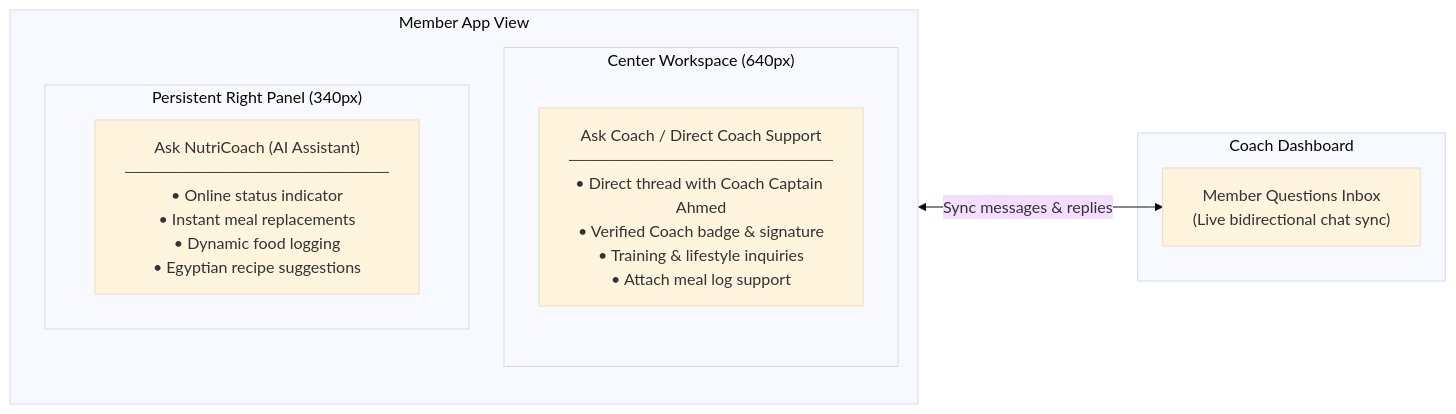
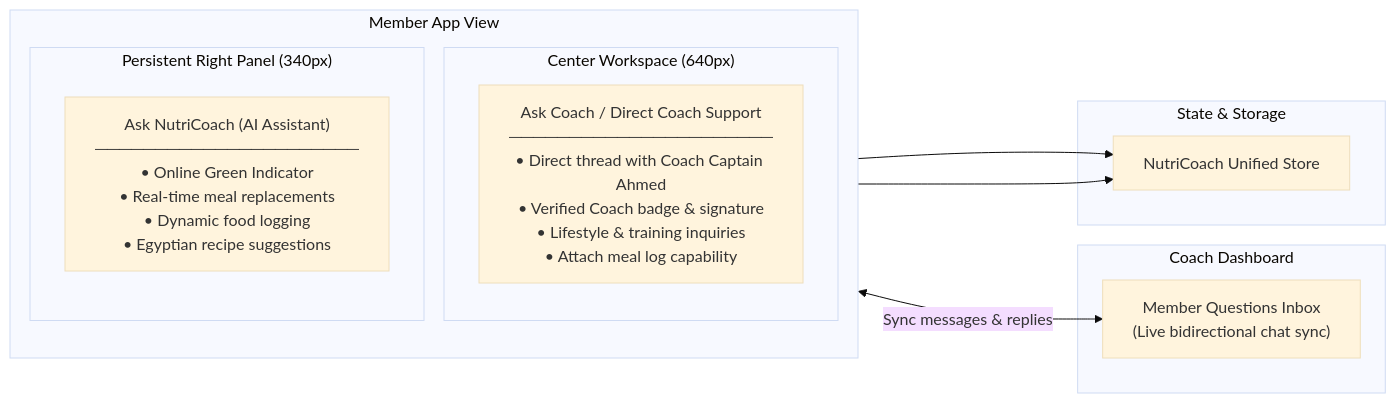
Before and after one commit to Kholoud-Alsaady/nutricoach-app: the third of 3 diagrams in README.md, drawn with Mermaid (base theme). The commit also changed other lines of this file, not shown here.

Commit message:
Simplify README: concise overview, 2 interfaces, features, and architecture diagrams

````diff
--- a/README.md
+++ b/README.md
@@ -95,18 +94,24 @@
 ```mermaid
 graph LR
     subgraph Member_Interface["Member App View"]
         direction TB
         subgraph Center_Workspace["Center Workspace (640px)"]
-            CDV["Ask Coach / Direct Coach Support<br/>──────────────────────<br/>• Direct thread with Coach Captain Ahmed<br/>• Verified Coach badge & signature<br/>• Training & lifestyle inquiries<br/>• Attach meal log support"]
+            CDV["Ask Coach / Direct Coach Support<br/>──────────────────────<br/>• Direct thread with Coach Captain Ahmed<br/>• Verified Coach badge & signature<br/>• Lifestyle & training inquiries<br/>• Attach meal log capability"]
         end
         subgraph Right_Panel["Persistent Right Panel (340px)"]
-            APC["Ask NutriCoach (AI Assistant)<br/>──────────────────────<br/>• Online status indicator<br/>• Instant meal replacements<br/>• Dynamic food logging<br/>• Egyptian recipe suggestions"]
+            APC["Ask NutriCoach (AI Assistant)<br/>──────────────────────<br/>• Online Green Indicator<br/>• Real-time meal replacements<br/>• Dynamic food logging<br/>• Egyptian recipe suggestions"]
         end
     end
 
     subgraph Coach_Workspace["Coach Dashboard"]
         MQ["Member Questions Inbox<br/>(Live bidirectional chat sync)"]
     end
 
+    subgraph State_Sync["State & Storage"]
+        STORE["NutriCoach Unified Store"]
+    end
+
     CDV <-->|Sync messages & replies| MQ
+    CDV --> STORE
+    APC --> STORE
 ```
````
